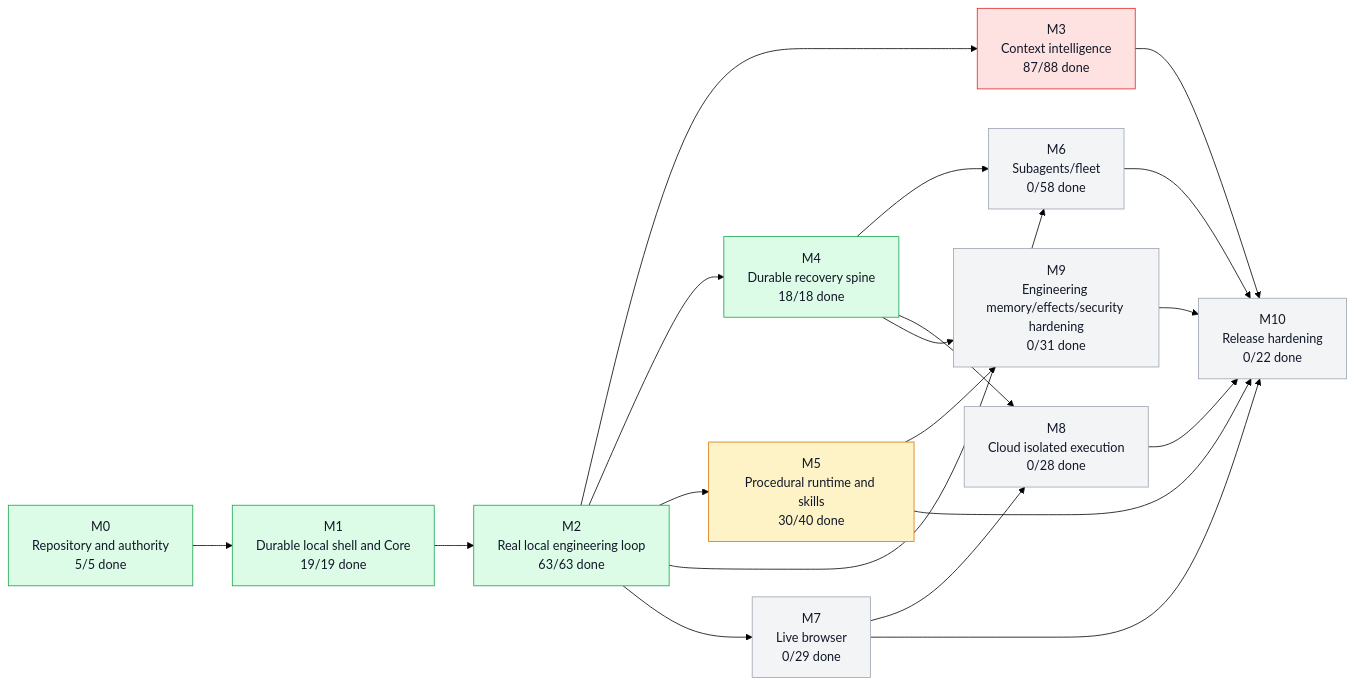
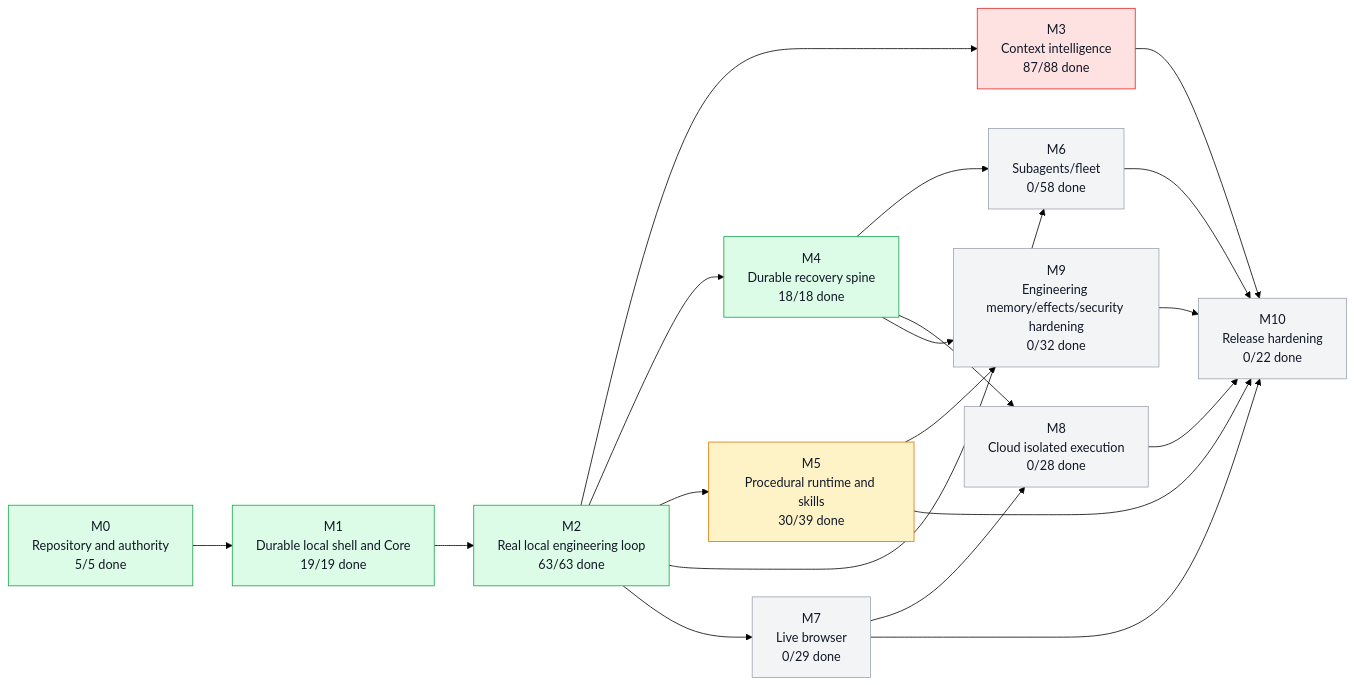
The first of 5 diagrams in graph/PROJECT_GRAPH.md (moss101/modbit), drawn with Mermaid (forest theme) before and after one commit. The commit also changed other lines of this file and 5 other files, not shown here.

````diff
--- a/graph/PROJECT_GRAPH.md
+++ b/graph/PROJECT_GRAPH.md
@@ -57,43 +57,43 @@
 ```mermaid
 flowchart LR
   M0["M0<br/>Repository and authority<br/>5/5 done"]
   M1["M1<br/>Durable local shell and Core<br/>19/19 done"]
   M2["M2<br/>Real local engineering loop<br/>63/63 done"]
   M3["M3<br/>Context intelligence<br/>87/88 done"]
   M4["M4<br/>Durable recovery spine<br/>18/18 done"]
-  M5["M5<br/>Procedural runtime and skills<br/>30/40 done"]
+  M5["M5<br/>Procedural runtime and skills<br/>30/39 done"]
   M6["M6<br/>Subagents/fleet<br/>0/58 done"]
   M7["M7<br/>Live browser<br/>0/29 done"]
   M8["M8<br/>Cloud isolated execution<br/>0/28 done"]
-  M9["M9<br/>Engineering memory/effects/security hardening<br/>0/31 done"]
+  M9["M9<br/>Engineering memory/effects/security hardening<br/>0/32 done"]
   M10["M10<br/>Release hardening<br/>0/22 done"]
   M0 --> M1
   M1 --> M2
   M2 --> M3
   M2 --> M4
   M2 --> M5
   M2 --> M6
   M4 --> M6
   M2 --> M7
   M4 --> M8
   M7 --> M8
   M4 --> M9
   M5 --> M9
   M3 --> M10
   M5 --> M10
   M6 --> M10
   M7 --> M10
   M8 --> M10
   M9 --> M10
   style M0 fill:#dcfce7,stroke:#16a34a,color:#111827
   style M1 fill:#dcfce7,stroke:#16a34a,color:#111827
   style M2 fill:#dcfce7,stroke:#16a34a,color:#111827
   style M3 fill:#fee2e2,stroke:#dc2626,color:#111827
   style M4 fill:#dcfce7,stroke:#16a34a,color:#111827
   style M5 fill:#fef3c7,stroke:#d97706,color:#111827
   style M6 fill:#f3f4f6,stroke:#9ca3af,color:#111827
   style M7 fill:#f3f4f6,stroke:#9ca3af,color:#111827
   style M8 fill:#f3f4f6,stroke:#9ca3af,color:#111827
   style M9 fill:#f3f4f6,stroke:#9ca3af,color:#111827
   style M10 fill:#f3f4f6,stroke:#9ca3af,color:#111827
 ```
````
